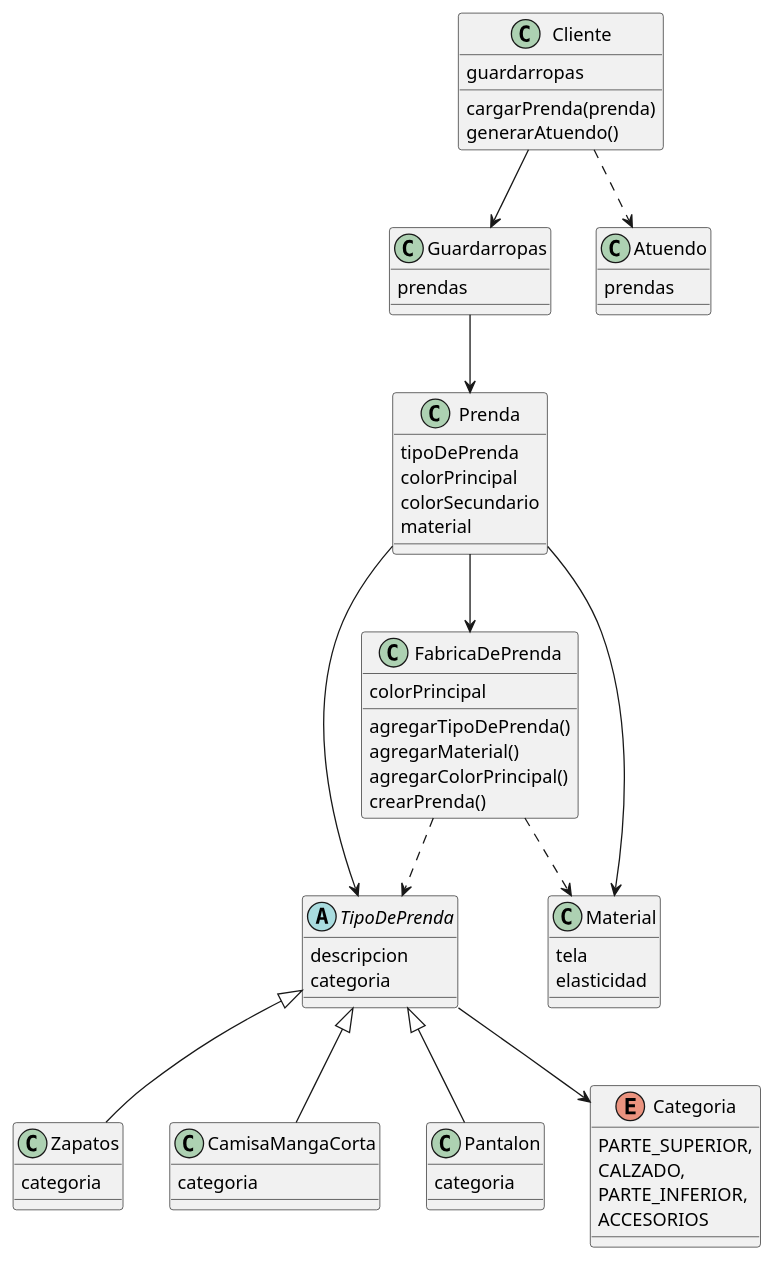
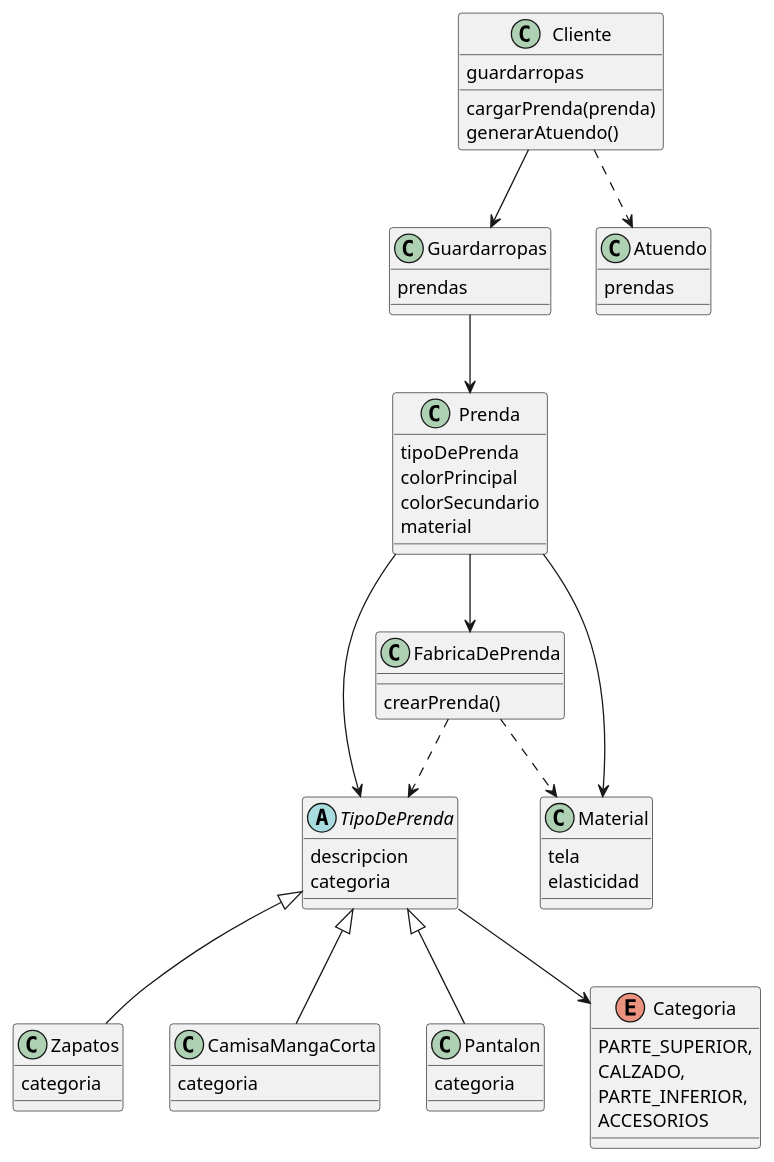
The diagram in diagrama.puml (mottato/que-me-pongo), drawn with PlantUML before and after one commit. The commit also changed 9 other files, not shown here.

Commit message:
Updated diagram and created classes corresponding to diagram

```diff
--- a/diagrama.puml
+++ b/diagrama.puml
@@ -1,99 +1,95 @@
 @startuml
 
 class Cliente {
     guardarropas
     cargarPrenda(prenda)
     generarAtuendo()
 }
 
 class Guardarropas {
     prendas
 }
 
 class Prenda {
     tipoDePrenda
     colorPrincipal
     colorSecundario
     material
 }
 
 class FabricaDePrenda {
-    colorPrincipal
-    agregarTipoDePrenda()
-    agregarMaterial()
-    agregarColorPrincipal()
     crearPrenda()
 }
 
 abstract class TipoDePrenda {
     descripcion
     categoria
 }
 
 class Zapatos {
     categoria
 }
 
 class CamisaMangaCorta {
     categoria
 }
 
 class Pantalon {
     categoria
 }
 
 enum Categoria {
     PARTE_SUPERIOR,
     CALZADO,
     PARTE_INFERIOR,
     ACCESORIOS
 }
 
 class Material {
     tela
     elasticidad
 }
 
 class Atuendo {
     prendas
 }
 
 Cliente --> Guardarropas
 Cliente ..> Atuendo
 Guardarropas --> Prenda
 
 Prenda --> TipoDePrenda
 Prenda --> Material
 Prenda --> FabricaDePrenda
 
 FabricaDePrenda ..> TipoDePrenda
 FabricaDePrenda ..> Material
 
 TipoDePrenda --> Categoria
 TipoDePrenda <|-- Zapatos
 TipoDePrenda <|-- CamisaMangaCorta
 TipoDePrenda <|-- Pantalon
 
 'interface FactorClimatico {
 '
 '}
 '
 'class Temperatura {
 '}
 '
 'class Viento {
 '}
 '
 'class Sol {
 '}
 '
 'class Lluvia {
 '}
 
 
 'FactorClimatico <|.. Temperatura
 'FactorClimatico <|.. Viento
 'FactorClimatico <|.. Sol
 'FactorClimatico <|.. Lluvia
 
 @enduml
```
